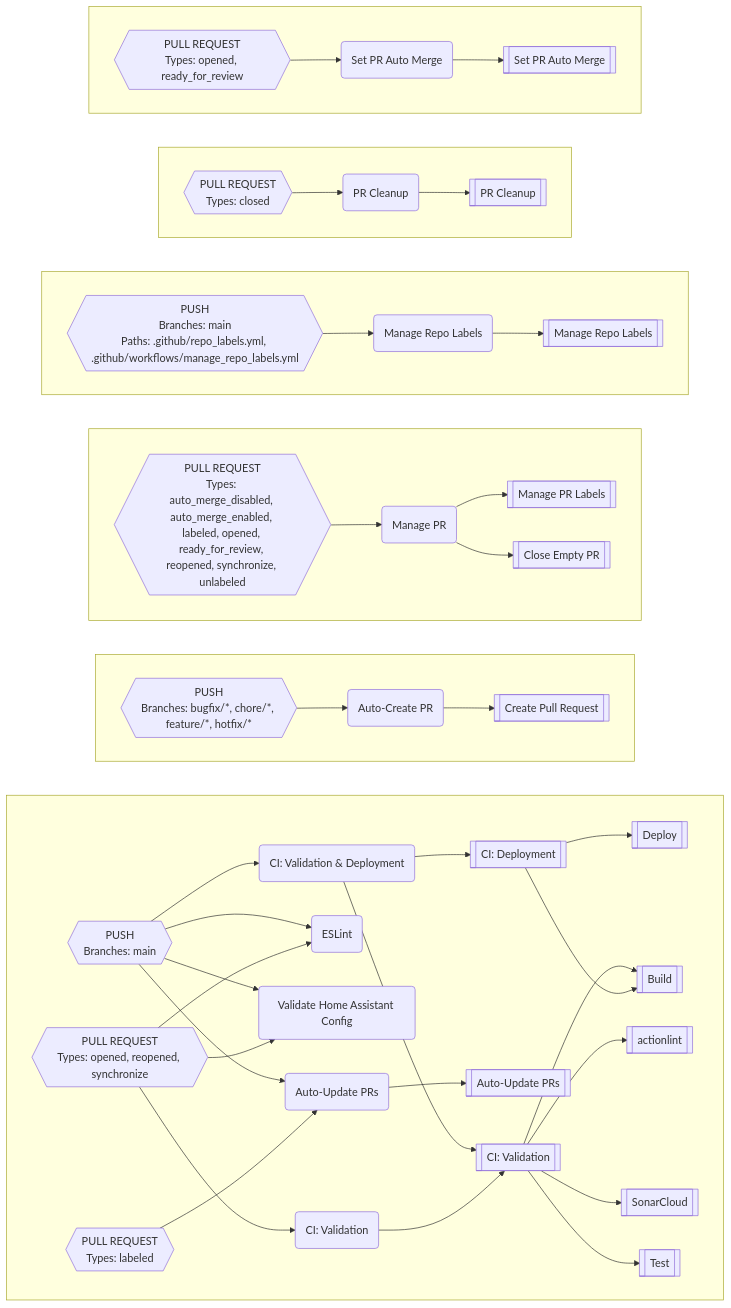
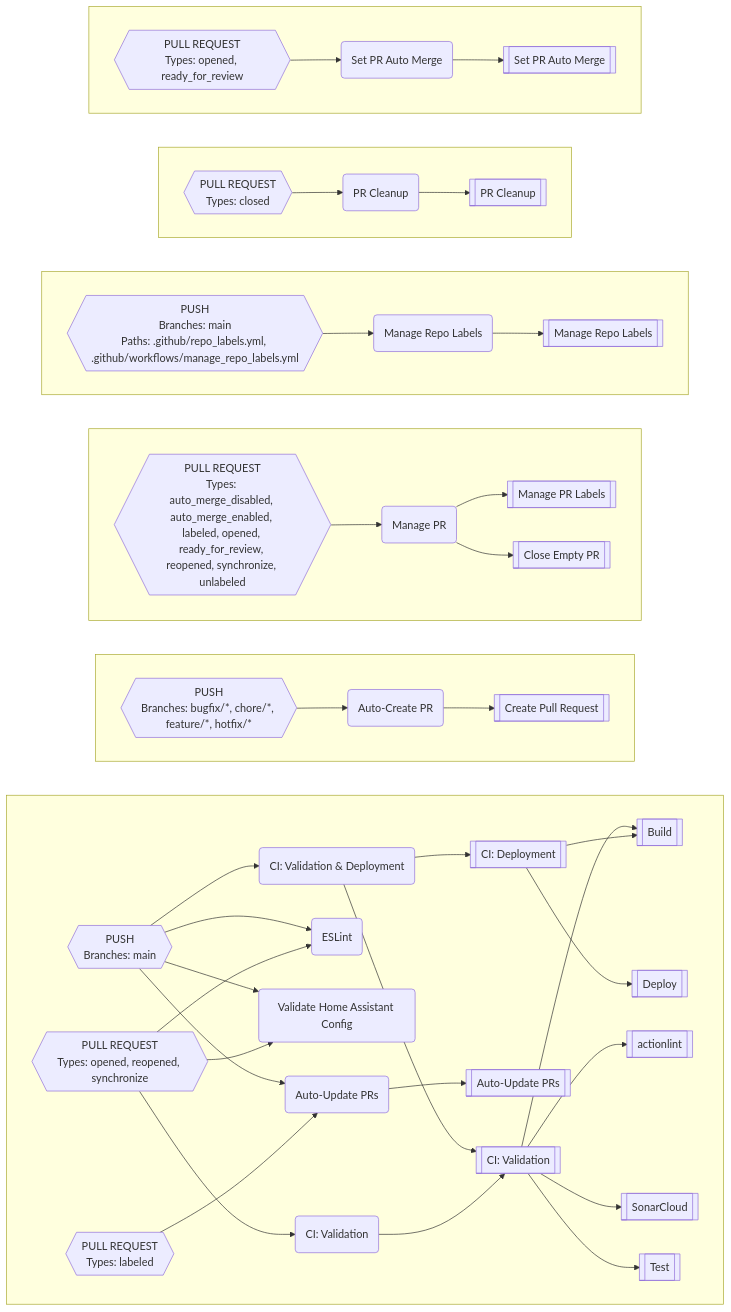
One commit to worgarside/github-config-files changed the diagram in README.md. Above: the diagram before and after it, drawn with Mermaid. The commit also changed other lines of this file, not shown here.

```diff
--- a/README.md
+++ b/README.md
@@ -375,8 +375,8 @@
 CO-->CN
 CN-->I
 CN-->P
+I-->E
 I-->AE
-I-->E
 P-->A
 P-->BB
 P-->BE
```
